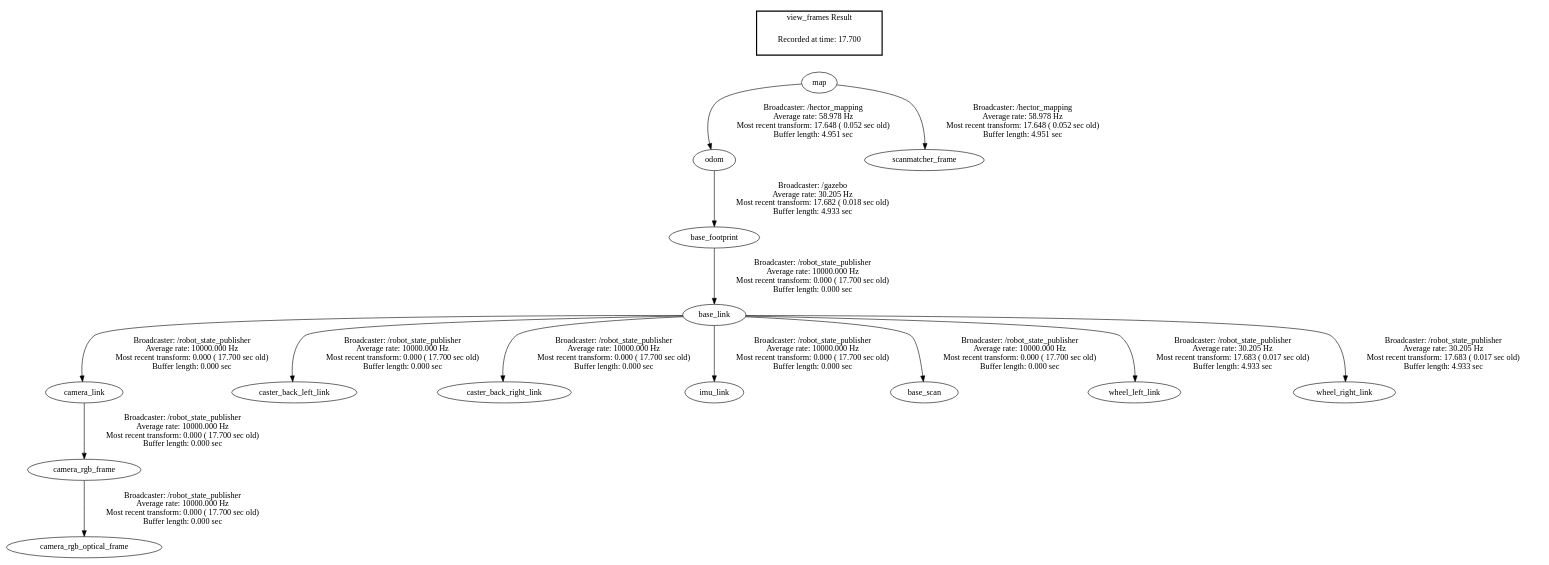
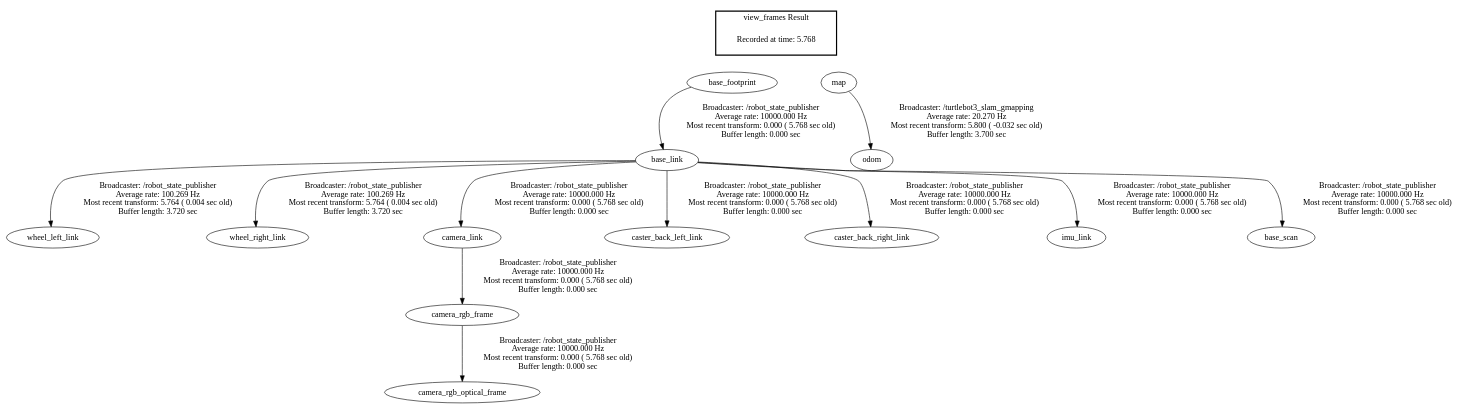
The diagram in frames.gv (hanyiabc/ACSL_turtlebot3), drawn with Graphviz before and after one commit. The commit also changed 7 other files, not shown here.

```diff
--- a/frames.gv
+++ b/frames.gv
@@ -1,19 +1,21 @@
 digraph G {
-"base_footprint" -> "base_link"[label="Broadcaster: /robot_state_publisher\nAverage rate: 10000.000 Hz\nMost recent transform: 0.000 ( 17.700 sec old)\nBuffer length: 0.000 sec\n"];
-"odom" -> "base_footprint"[label="Broadcaster: /gazebo\nAverage rate: 30.205 Hz\nMost recent transform: 17.682 ( 0.018 sec old)\nBuffer length: 4.933 sec\n"];
-"base_link" -> "camera_link"[label="Broadcaster: /robot_state_publisher\nAverage rate: 10000.000 Hz\nMost recent transform: 0.000 ( 17.700 sec old)\nBuffer length: 0.000 sec\n"];
-"camera_link" -> "camera_rgb_frame"[label="Broadcaster: /robot_state_publisher\nAverage rate: 10000.000 Hz\nMost recent transform: 0.000 ( 17.700 sec old)\nBuffer length: 0.000 sec\n"];
-"camera_rgb_frame" -> "camera_rgb_optical_frame"[label="Broadcaster: /robot_state_publisher\nAverage rate: 10000.000 Hz\nMost recent transform: 0.000 ( 17.700 sec old)\nBuffer length: 0.000 sec\n"];
-"base_link" -> "caster_back_left_link"[label="Broadcaster: /robot_state_publisher\nAverage rate: 10000.000 Hz\nMost recent transform: 0.000 ( 17.700 sec old)\nBuffer length: 0.000 sec\n"];
-"base_link" -> "caster_back_right_link"[label="Broadcaster: /robot_state_publisher\nAverage rate: 10000.000 Hz\nMost recent transform: 0.000 ( 17.700 sec old)\nBuffer length: 0.000 sec\n"];
-"base_link" -> "imu_link"[label="Broadcaster: /robot_state_publisher\nAverage rate: 10000.000 Hz\nMost recent transform: 0.000 ( 17.700 sec old)\nBuffer length: 0.000 sec\n"];
-"base_link" -> "base_scan"[label="Broadcaster: /robot_state_publisher\nAverage rate: 10000.000 Hz\nMost recent transform: 0.000 ( 17.700 sec old)\nBuffer length: 0.000 sec\n"];
-"map" -> "odom"[label="Broadcaster: /hector_mapping\nAverage rate: 58.978 Hz\nMost recent transform: 17.648 ( 0.052 sec old)\nBuffer length: 4.951 sec\n"];
-"map" -> "scanmatcher_frame"[label="Broadcaster: /hector_mapping\nAverage rate: 58.978 Hz\nMost recent transform: 17.648 ( 0.052 sec old)\nBuffer length: 4.951 sec\n"];
-"base_link" -> "wheel_left_link"[label="Broadcaster: /robot_state_publisher\nAverage rate: 30.205 Hz\nMost recent transform: 17.683 ( 0.017 sec old)\nBuffer length: 4.933 sec\n"];
-"base_link" -> "wheel_right_link"[label="Broadcaster: /robot_state_publisher\nAverage rate: 30.205 Hz\nMost recent transform: 17.683 ( 0.017 sec old)\nBuffer length: 4.933 sec\n"];
+"base_link" -> "wheel_left_link"[label="Broadcaster: /robot_state_publisher\nAverage rate: 100.269 Hz\nMost recent transform: 5.764 ( 0.004 sec old)\nBuffer length: 3.720 sec\n"];
+"base_footprint" -> "base_link"[label="Broadcaster: /robot_state_publisher\nAverage rate: 10000.000 Hz\nMost recent transform: 0.000 ( 5.768 sec old)\nBuffer length: 0.000 sec\n"];
+"base_link" -> "wheel_right_link"[label="Broadcaster: /robot_state_publisher\nAverage rate: 100.269 Hz\nMost recent transform: 5.764 ( 0.004 sec old)\nBuffer length: 3.720 sec\n"];
+"base_link" -> "camera_link"[label="Broadcaster: /robot_state_publisher\nAverage rate: 10000.000 Hz\nMost recent transform: 0.000 ( 5.768 sec old)\nBuffer length: 0.000 sec\n"];
+"camera_link" -> "camera_rgb_frame"[label="Broadcaster: /robot_state_publisher\nAverage rate: 10000.000 Hz\nMost recent transform: 0.000 ( 5.768 sec old)\nBuffer length: 0.000 sec\n"];
+"camera_rgb_frame" -> "camera_rgb_optical_frame"[label="Broadcaster: /robot_state_publisher\nAverage rate: 10000.000 Hz\nMost recent transform: 0.000 ( 5.768 sec old)\nBuffer length: 0.000 sec\n"];
+"base_link" -> "caster_back_left_link"[label="Broadcaster: /robot_state_publisher\nAverage rate: 10000.000 Hz\nMost recent transform: 0.000 ( 5.768 sec old)\nBuffer length: 0.000 sec\n"];
+"base_link" -> "caster_back_right_link"[label="Broadcaster: /robot_state_publisher\nAverage rate: 10000.000 Hz\nMost recent transform: 0.000 ( 5.768 sec old)\nBuffer length: 0.000 sec\n"];
+"base_link" -> "imu_link"[label="Broadcaster: /robot_state_publisher\nAverage rate: 10000.000 Hz\nMost recent transform: 0.000 ( 5.768 sec old)\nBuffer length: 0.000 sec\n"];
+"base_link" -> "base_scan"[label="Broadcaster: /robot_state_publisher\nAverage rate: 10000.000 Hz\nMost recent transform: 0.000 ( 5.768 sec old)\nBuffer length: 0.000 sec\n"];
+"map" -> "odom"[label="Broadcaster: /turtlebot3_slam_gmapping\nAverage rate: 20.270 Hz\nMost recent transform: 5.800 ( -0.032 sec old)\nBuffer length: 3.700 sec\n"];
 edge [style=invis];
  subgraph cluster_legend { style=bold; color=black; label ="view_frames Result";
-"Recorded at time: 17.700"[ shape=plaintext ] ;
+"Recorded at time: 5.768"[ shape=plaintext ] ;
+ }->"base_footprint";
+edge [style=invis];
+ subgraph cluster_legend { style=bold; color=black; label ="view_frames Result";
+"Recorded at time: 5.768"[ shape=plaintext ] ;
  }->"map";
 }
```
